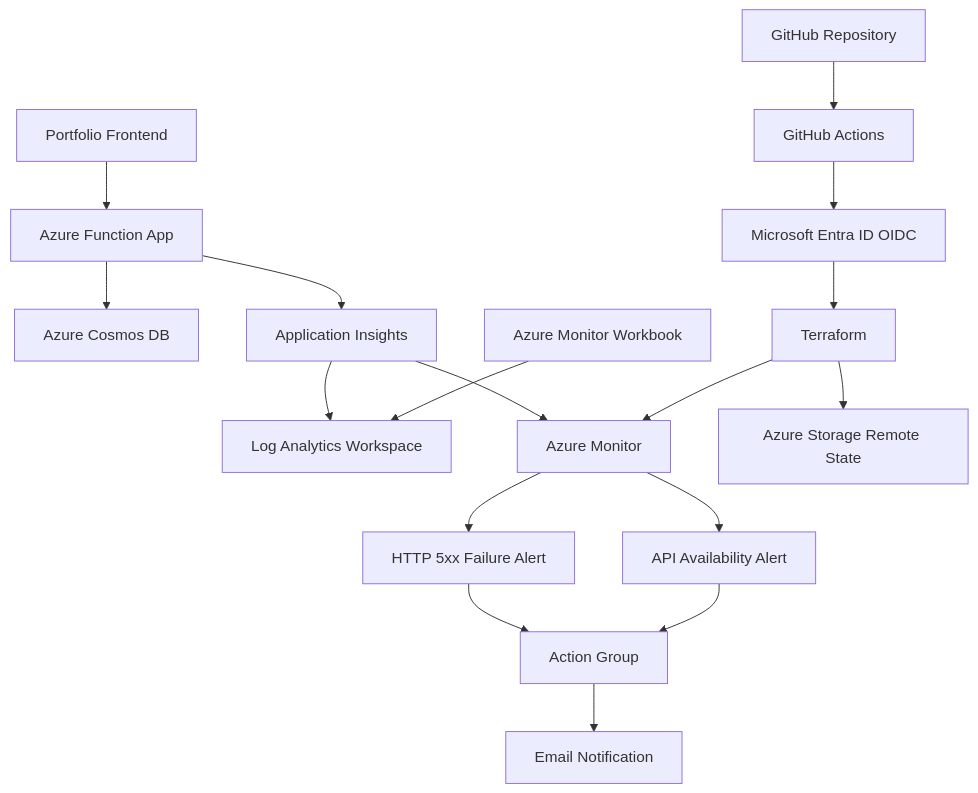
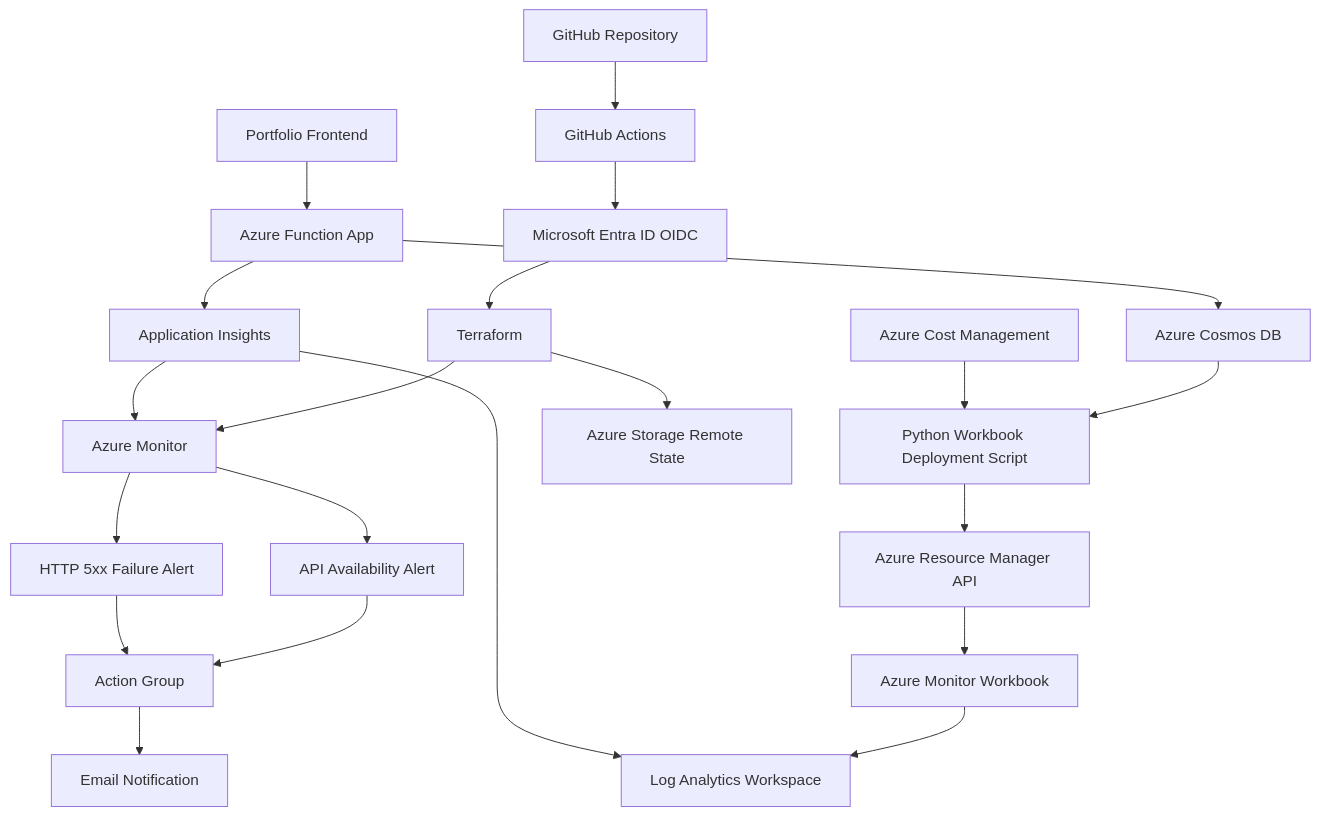
The diagram in README.md (712Aniket/azure-cloud-operations-observability), drawn with Mermaid before and after one commit. The commit also changed other lines of this file and 2 other files, not shown here.

Commit message:
Add cost-integrated portfolio analytics workbook

````diff
--- a/README.md
+++ b/README.md
@@ -21,24 +23,29 @@
 ```mermaid
 flowchart TD
     FRONTEND["Portfolio Frontend"] --> FUNCTION["Azure Function App"]
     FUNCTION --> COSMOS["Azure Cosmos DB"]
     FUNCTION --> APPINSIGHTS["Application Insights"]
 
     APPINSIGHTS --> LOGS["Log Analytics Workspace"]
     APPINSIGHTS --> MONITOR["Azure Monitor"]
 
     MONITOR --> FAILURE["HTTP 5xx Failure Alert"]
     MONITOR --> AVAILABILITY["API Availability Alert"]
 
     FAILURE --> ACTION["Action Group"]
     AVAILABILITY --> ACTION
     ACTION --> EMAIL["Email Notification"]
 
     WORKBOOK["Azure Monitor Workbook"] --> LOGS
 
+    COST["Azure Cost Management"] --> DEPLOY["Python Workbook Deployment Script"]
+    COSMOS --> DEPLOY
+    DEPLOY --> ARM["Azure Resource Manager API"]
+    ARM --> WORKBOOK
+
     REPO["GitHub Repository"] --> ACTIONS["GitHub Actions"]
     ACTIONS --> OIDC["Microsoft Entra ID OIDC"]
     OIDC --> TERRAFORM["Terraform"]
     TERRAFORM --> STATE["Azure Storage Remote State"]
     TERRAFORM --> MONITOR
 ```
````
